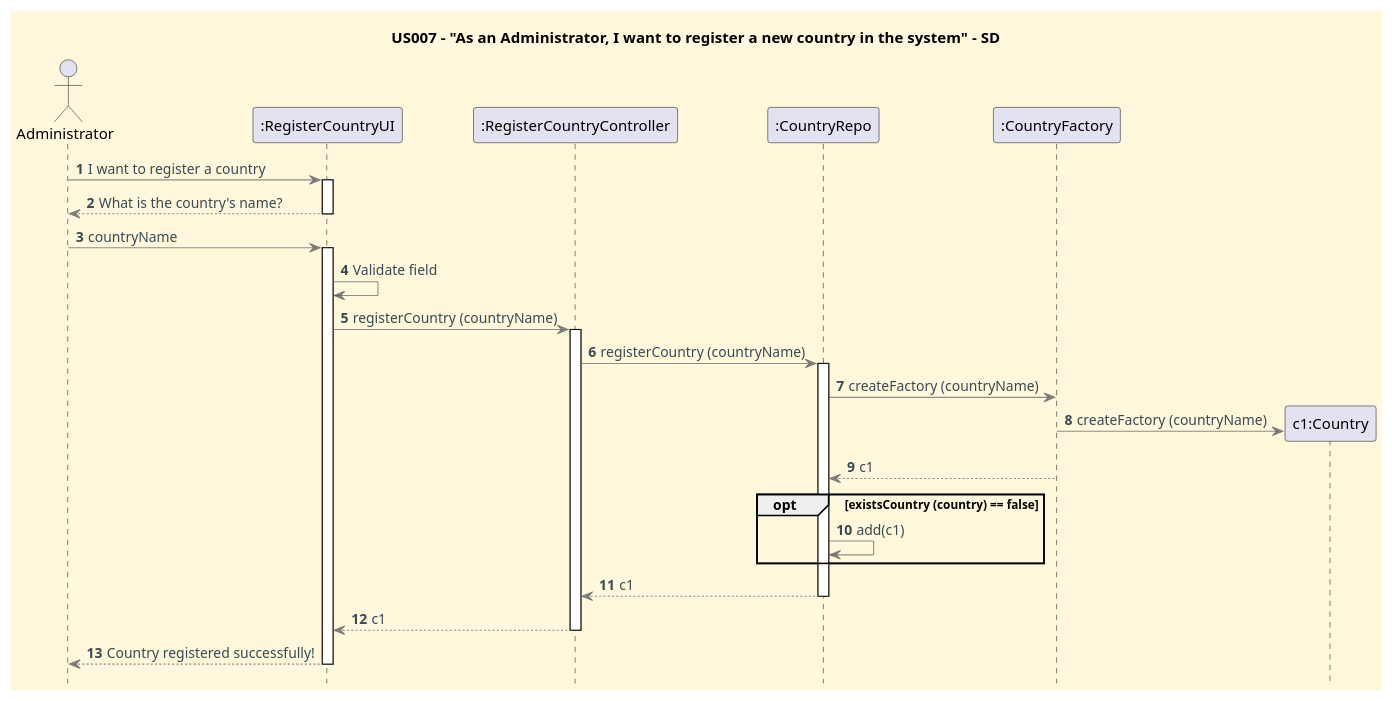
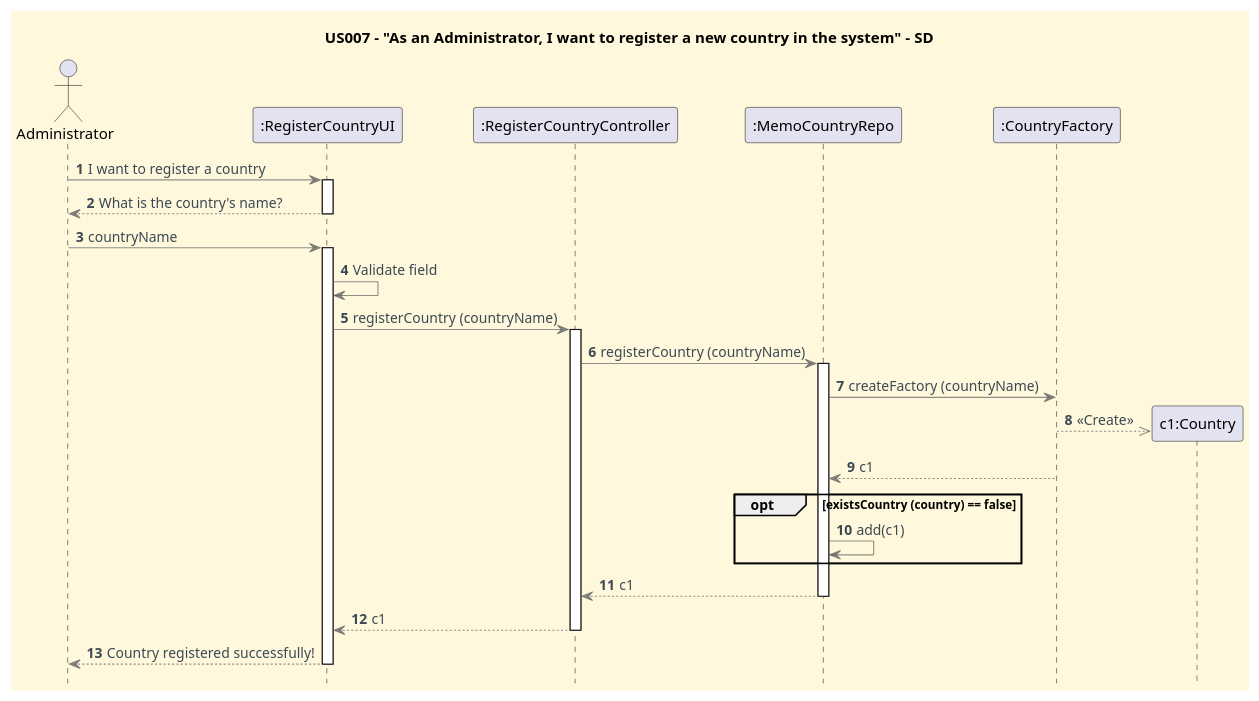
The diagram in docs/userStories/US007/US007_register_a_country_SD.puml (CarolinaLeite-collab/JavaMarketplacePlatform), drawn with PlantUML before and after one commit. The commit also changed 1 other file, not shown here.

```diff
--- a/docs/userStories/US007/US007_register_a_country_SD.puml
+++ b/docs/userStories/US007/US007_register_a_country_SD.puml
@@ -1,59 +1,59 @@
 @startuml
 '==== Title ====
 title US007 - "As an Administrator, I want to register a new country in the system" - SD
 
 '==== basic style ====
 skinparam monochrome false
 
 skinparam defaultFontName Futura
 skinparam objectFontSize 20
 skinparam backgroundColor CornSilk
 skinparam objectBackgroundColor WhiteSmoke
 skinparam noteBackgroundColor #FFFFE0
 skinparam ArrowFontColor #3B4953
 skinparam ArrowColor #57595BAA
 
 hidefootbox
 autonumber
 autoactivate off
 
 ' ==== Actor and participants ====
 actor Administrator as ADM
 participant ":RegisterCountryUI" as UI
 participant ":RegisterCountryController" as CTL
-participant ":CountryRepo" as CR
+participant ":MemoCountryRepo" as CR
 participant ":CountryFactory" as FACTORY
 
 
 '==== UI interaction ====
 ADM -> UI: I want to register a country
 activate UI
 UI --> ADM: What is the country's name?
 deactivate UI
 ADM -> UI: countryName
 activate UI
 UI -> UI: Validate field
 
 
 '==== Use case execution ====
 UI -> CTL: registerCountry (countryName)
 activate CTL
 CTL -> CR: registerCountry (countryName)
 activate CR
 
 CR -> FACTORY: createFactory (countryName)
 create "c1:Country"
-FACTORY -> "c1:Country": createFactory (countryName)
+FACTORY -->> "c1:Country": <<Create>>
 FACTORY --> CR :c1
 
 opt existsCountry (country) == false
         CR -> CR: add(c1)
 end
 
 CR --> CTL: c1
 deactivate CR
 CTL --> UI: c1
 deactivate CTL
 UI --> ADM : Country registered successfully!
 deactivate UI
 @enduml
```
